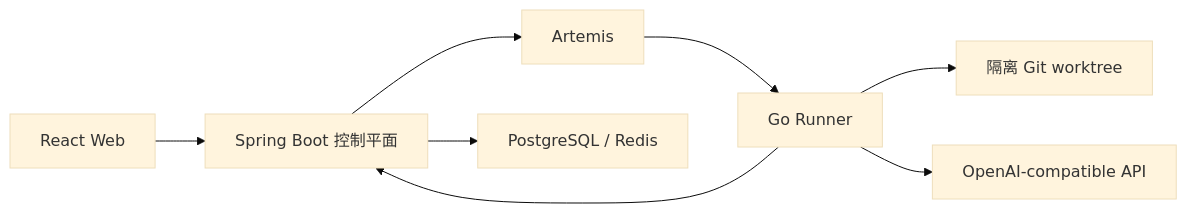
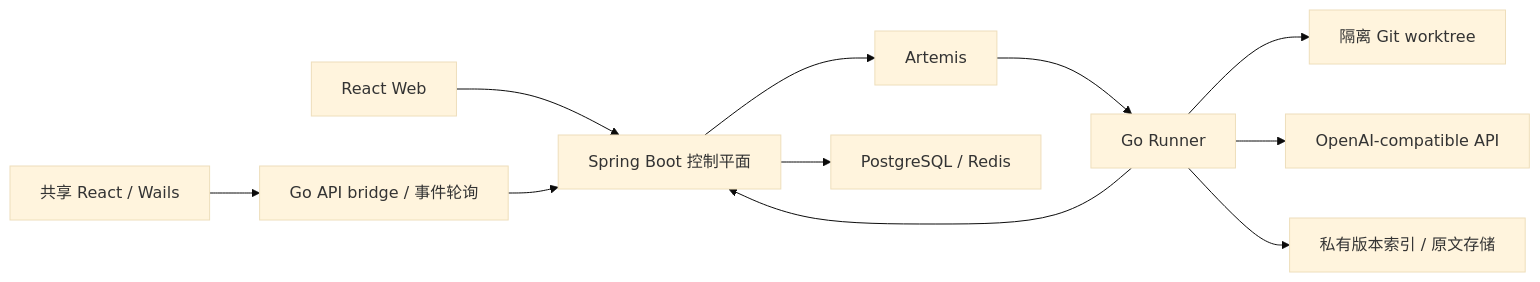
Before and after one commit to lgcyuzusakura/proofcode: the diagram in README.md, drawn with Mermaid (base theme). The commit also changed other lines of this file and 119 other files, not shown here.

````diff
--- a/README.md
+++ b/README.md
@@ -129,10 +168,12 @@
 ```mermaid
 flowchart LR
     UI["React Web"] --> CP["Spring Boot 控制平面"]
+    NATIVE["共享 React / Wails"] --> BRIDGE["Go API bridge / 事件轮询"] --> CP
     CP --> MQ["Artemis"]
     MQ --> RUN["Go Runner"]
     RUN --> WS["隔离 Git worktree"]
     RUN --> MODEL["OpenAI-compatible API"]
+    RUN --> CONTEXT["私有版本索引 / 原文存储"]
     RUN --> CP
     CP --> STORE["PostgreSQL / Redis"]
 ```
````
